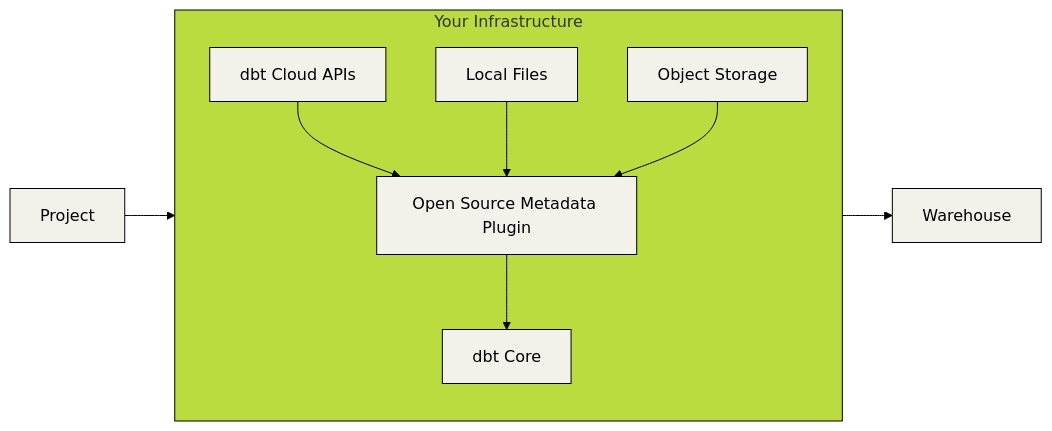
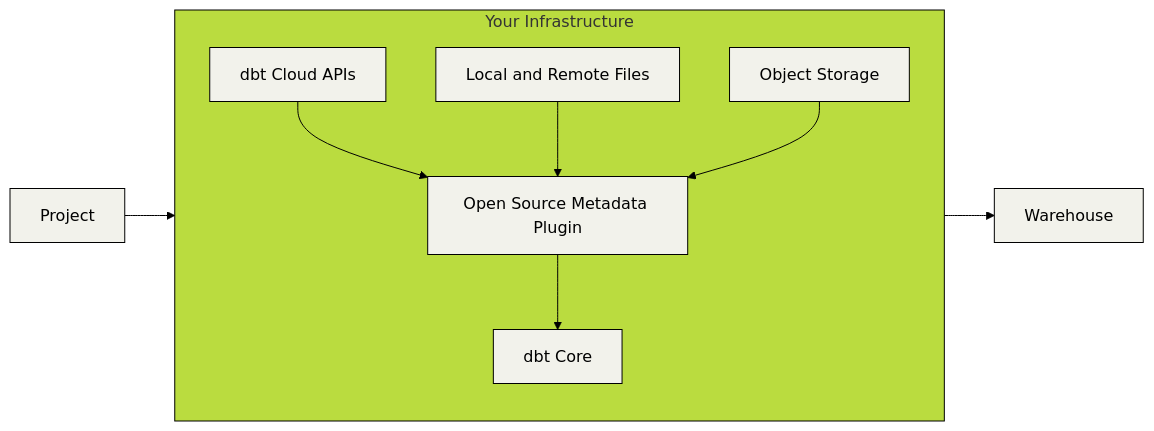
One commit to nicholasyager/dbt-loom changed the diagram in README.md. Above: the diagram before and after it, drawn with Mermaid (forest theme). The commit also changed 1 other file, not shown here.

Commit message:
bump: version 0.5.7 → 0.6.0

````diff
--- a/README.md
+++ b/README.md
@@ -7,26 +7,26 @@
 ```mermaid
 flowchart LR
 
     classDef black fill:#f2f2ebff, stroke:#000, color:#000
     classDef background fill:#f2f2ebff, stroke:#000, color:#000
     classDef hidden fill:#BADC3F, stroke:#BADC3F, color:#BADC3F
 
    style TOP fill:#BADC3F, stroke:#000
 
   subgraph TOP[Your Infrastructure]
     direction TB
     dbt_runtime[dbt Core]:::background
     proprietary_plugin[Open Source Metadata Plugin]:::background
 
-    files[Local Files]:::background
+    files[Local and Remote Files]:::background
     object_storage[Object Storage]:::background
     discovery_api[dbt Cloud APIs]:::background
 
     discovery_api --> proprietary_plugin
     files --> proprietary_plugin
     object_storage --> proprietary_plugin
     proprietary_plugin --> dbt_runtime
   end
 
   Project:::black --> TOP --> Warehouse:::black
 ```
````
